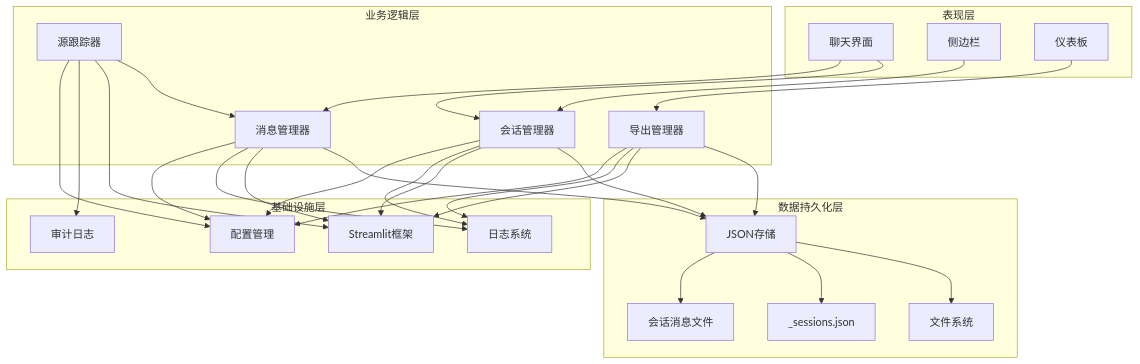
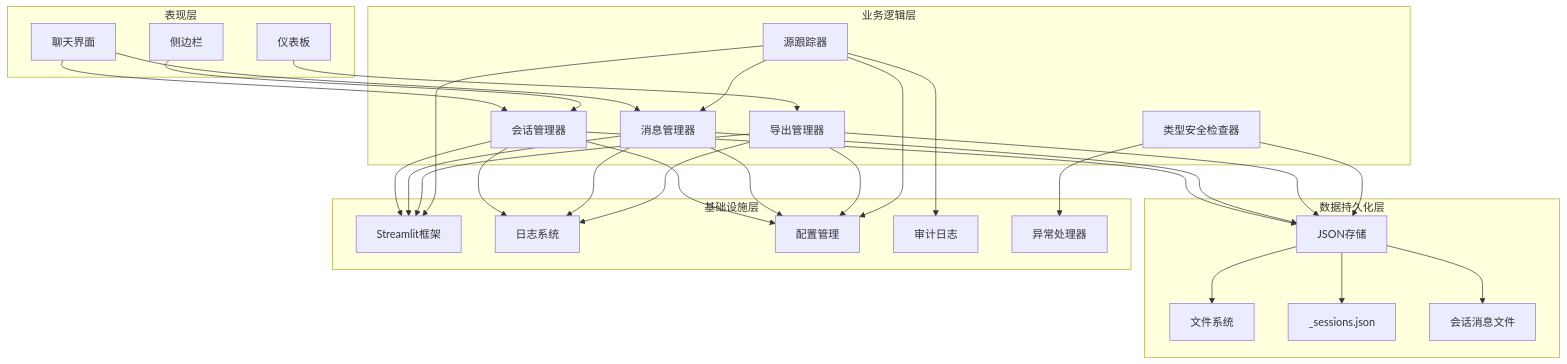
The second of 10 diagrams in .qoder/repowiki/zh/content/业务服务层/会话历史管理.md (joyafa/knowledge), drawn with Mermaid before and after one commit. The commit also changed other lines of this file and 5 other files, not shown here.

````diff
--- a/.qoder/repowiki/zh/content/业务服务层/会话历史管理.md
+++ b/.qoder/repowiki/zh/content/业务服务层/会话历史管理.md
@@ -113,49 +115,53 @@
 ```mermaid
 graph TB
 subgraph "表现层"
 UIChat[聊天界面]
 UISidebar[侧边栏]
 UIDashboard[仪表板]
 end
 subgraph "业务逻辑层"
 SessionMgr[会话管理器]
 MessageMgr[消息管理器]
 ExportMgr[导出管理器]
 SourceTracker[源跟踪器]
+TypeChecker[类型安全检查器]
 end
 subgraph "数据持久化层"
 FileSystem[文件系统]
 JSONStorage[JSON存储]
 SessionFile[_sessions.json]
 MessageFiles[会话消息文件]
 end
 subgraph "基础设施层"
 Streamlit[Streamlit框架]
 Logging[日志系统]
 Config[配置管理]
 AuditLog[审计日志]
+ExceptionHandler[异常处理器]
 end
 UIChat --> SessionMgr
 UIChat --> MessageMgr
 UISidebar --> SessionMgr
 UIDashboard --> ExportMgr
 SessionMgr --> JSONStorage
 MessageMgr --> JSONStorage
 ExportMgr --> JSONStorage
 SourceTracker --> MessageMgr
+TypeChecker --> JSONStorage
 JSONStorage --> FileSystem
 JSONStorage --> SessionFile
 JSONStorage --> MessageFiles
 SessionMgr --> Streamlit
 MessageMgr --> Streamlit
 ExportMgr --> Streamlit
 SourceTracker --> Streamlit
+TypeChecker --> ExceptionHandler
 SessionMgr --> Logging
 MessageMgr --> Logging
 ExportMgr --> Logging
 SourceTracker --> AuditLog
 SessionMgr --> Config
 MessageMgr --> Config
 ExportMgr --> Config
 SourceTracker --> Config
 ```
````
